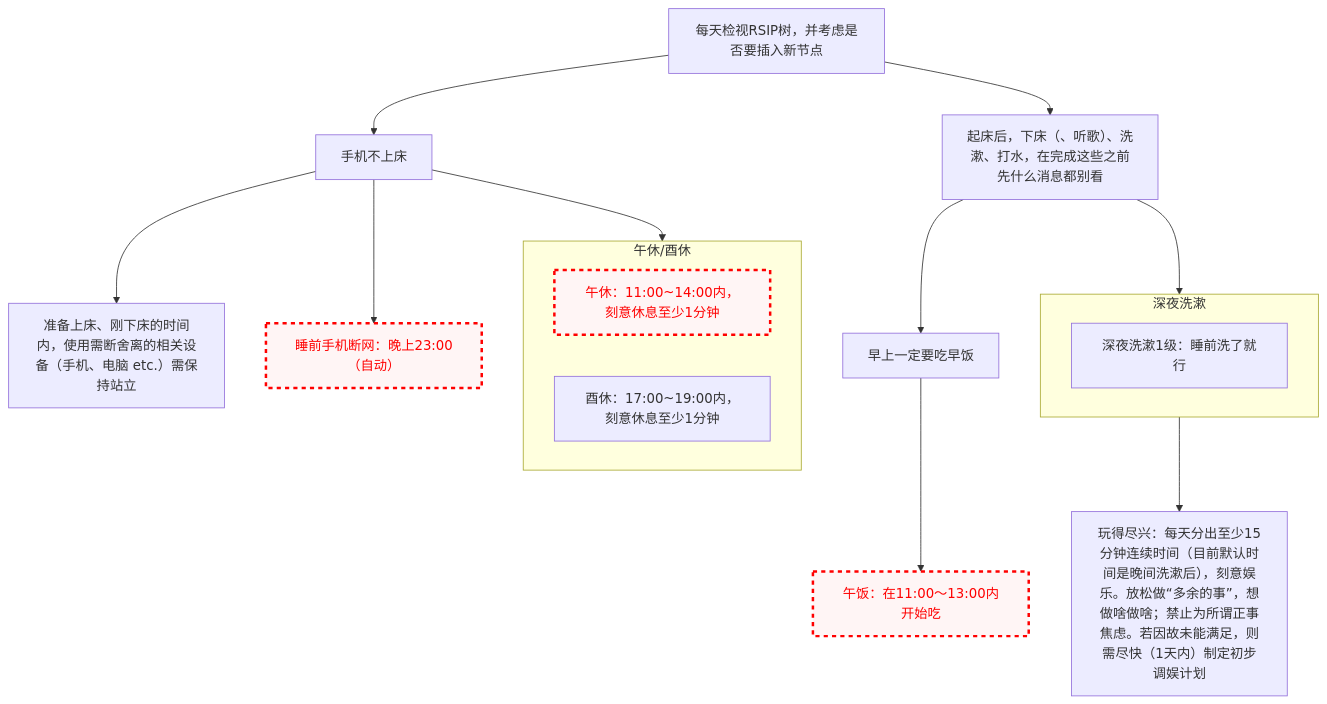
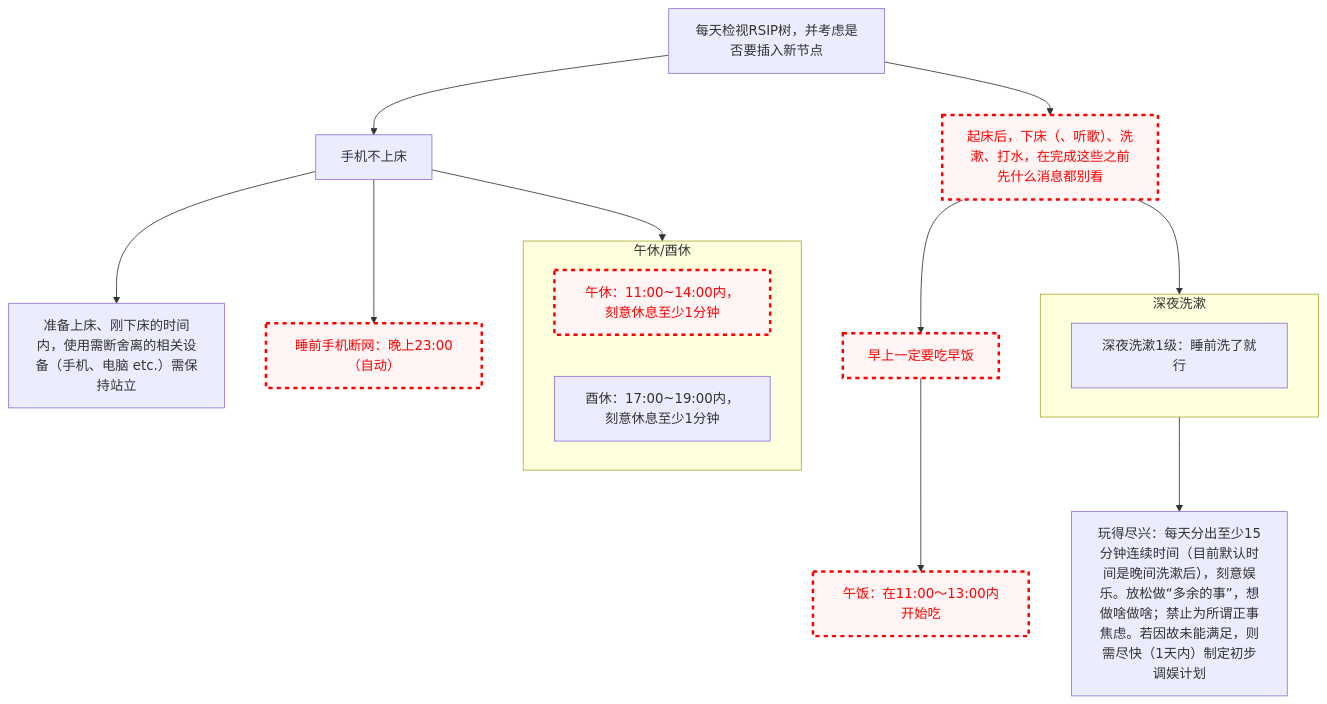
One commit to Ethkuil/RSIP-tree changed the diagram in README.md. Above: the diagram before and after it, drawn with Mermaid.

Commit message:
disable 清晨洗漱

````diff
--- a/README.md
+++ b/README.md
@@ -11,34 +11,36 @@
 ```mermaid
 graph TD
 
 classDef failed stroke:#ff0000, stroke-width:3px, color:#ff0000, fill:#fff5f5, stroke-dasharray: 5
 
 RSIP[每天检视RSIP树，并考虑是否要插入新节点]
 
 RSIP --> 手机不上床
 手机不上床 --> 站立使用[准备上床、刚下床的时间内，使用需断舍离的相关设备（手机、电脑 etc.）需保持站立]
 
 
 RSIP --> 清晨洗漱
 清晨洗漱[起床后，下床（、听歌）、洗漱、打水，在完成这些之前先什么消息都别看]
+class 清晨洗漱 failed
 
 清晨洗漱 --> 早饭[早上一定要吃早饭]
+class 早饭 failed
 早饭 --> 午饭[午饭：在11:00～13:00内开始吃]
 class 午饭 failed
 
 手机不上床 --> 午休/酉休
 subgraph 午休/酉休
   午休[午休：11:00~14:00内，刻意休息至少1分钟]
   酉休[酉休：17:00~19:00内，刻意休息至少1分钟]
   class 午休 failed
 end
 
 
 清晨洗漱 --> 深夜洗漱
 subgraph 深夜洗漱
   深夜洗漱1级[深夜洗漱1级：睡前洗了就行]
 end
 深夜洗漱 --> 玩得尽兴[玩得尽兴：每天分出至少15分钟连续时间（目前默认时间是晚间洗漱后），刻意娱乐。放松做“多余的事”，想做啥做啥；禁止为所谓正事焦虑。若因故未能满足，则需尽快（1天内）制定初步调娱计划]
 手机不上床 --> 睡前手机断网[睡前手机断网：晚上23:00（自动）]
 class 睡前手机断网 failed
 ```
````
